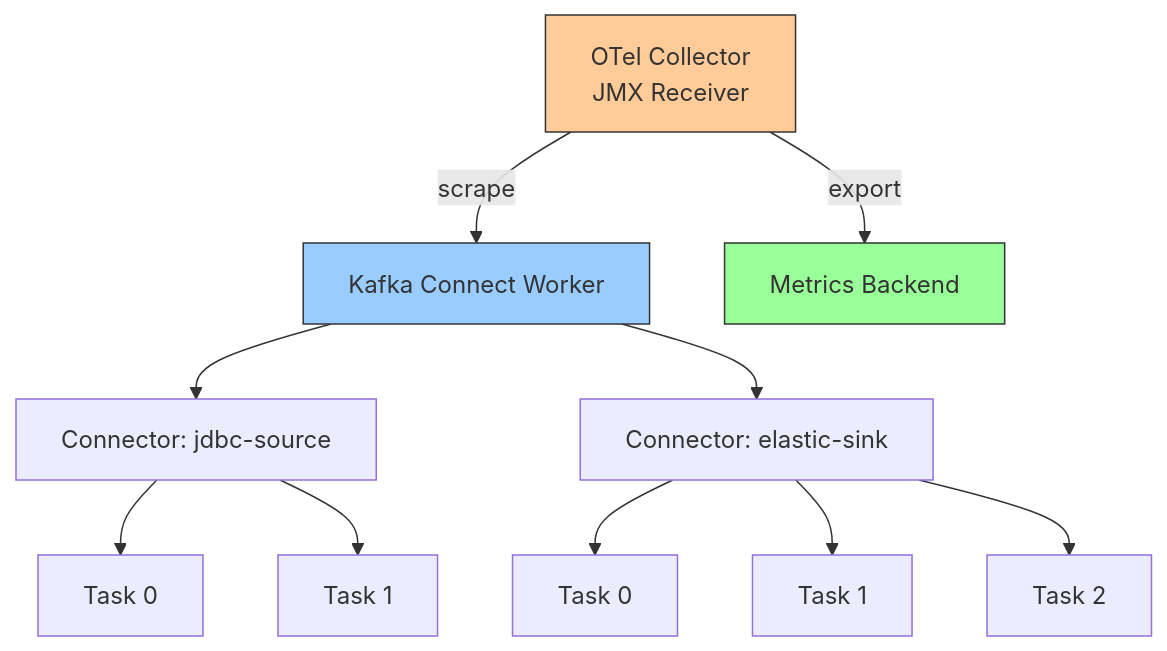
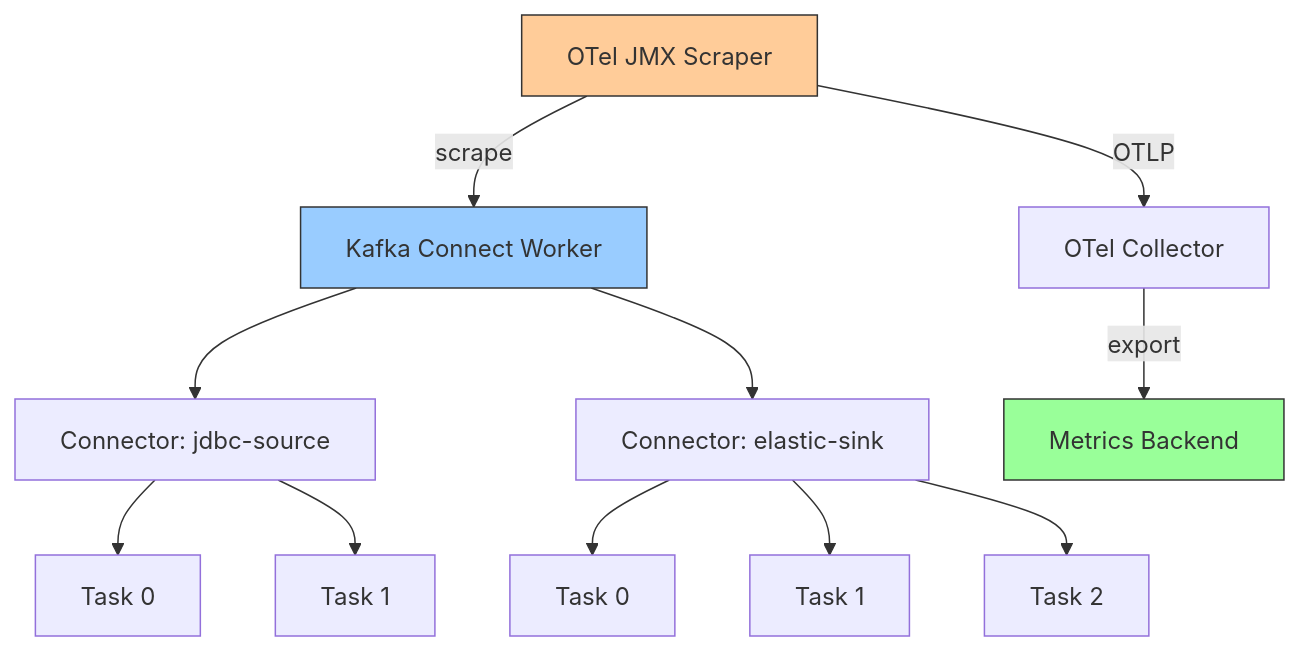
One commit to OneUptime/blog changed the diagram in posts/2026-02-06-monitor-kafka-connect-connectors-opentelemetry/README.md. Above: the diagram before and after it, drawn with Mermaid. The commit also changed other lines of this file and 2 other files, not shown here.

````diff
--- a/posts/2026-02-06-monitor-kafka-connect-connectors-opentelemetry/README.md
+++ b/posts/2026-02-06-monitor-kafka-connect-connectors-opentelemetry/README.md
@@ -19,17 +19,18 @@
 ```mermaid
 graph TB
     A[Kafka Connect Worker] --> B[Connector: jdbc-source]
     A --> C[Connector: elastic-sink]
     B --> D[Task 0]
     B --> E[Task 1]
     C --> F[Task 0]
     C --> G[Task 1]
     C --> H[Task 2]
 
-    I[OTel Collector<br/>JMX Receiver] -->|scrape| A
-    I -->|export| J[Metrics Backend]
+    I[OTel JMX Scraper] -->|scrape| A
+    I -->|OTLP| K[OTel Collector]
+    K -->|export| J[Metrics Backend]
 
     style A fill:#9cf,stroke:#333
     style I fill:#fc9,stroke:#333
     style J fill:#9f9,stroke:#333
 ```
````
